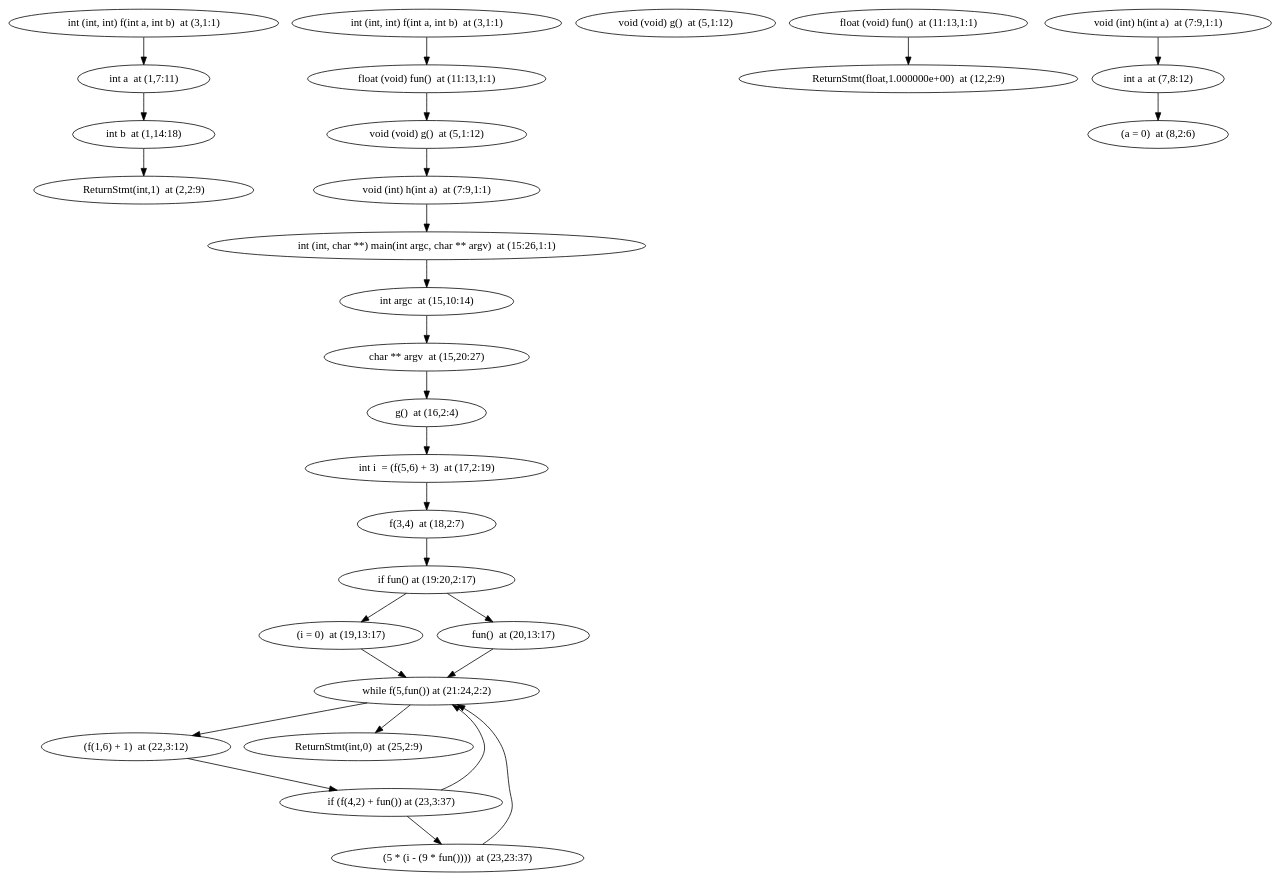
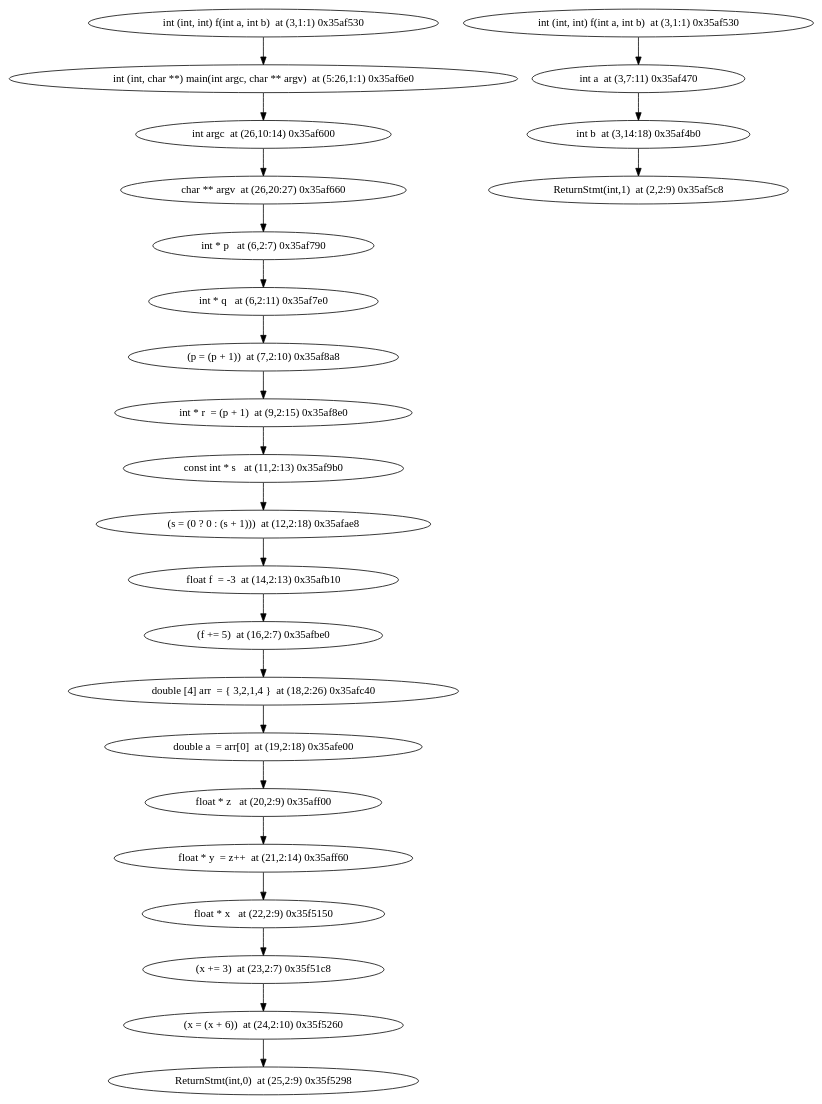
One commit to jxw1102/Projet-merou changed the diagram in ModelChecker/unitary_tests/Model_checker/test.dot. Above: the diagram before and after it, drawn with Graphviz. The commit also changed 7 other files, not shown here.

```diff
--- a/ModelChecker/unitary_tests/Model_checker/test.dot
+++ b/ModelChecker/unitary_tests/Model_checker/test.dot
@@ -1,33 +1,26 @@
 digraph {
-{id0x102825fd0 [label="int (int, int) f(int a, int b)  at (3,1:1)"]} -> {id0x102825e90 [label="int a  at (1,7:11)"]}
-{id0x102825e90 [label="int a  at (1,7:11)"]} -> {id0x102825f00 [label="int b  at (1,14:18)"]}
-{id0x102825f00 [label="int b  at (1,14:18)"]} -> {id0x1028260a0 [label="ReturnStmt(int,1)  at (2,2:9)"]}
-{id0x1028260a0 [label="ReturnStmt(int,1)  at (2,2:9)"]}
-{idc0x102825fd0 [label="int (int, int) f(int a, int b)  at (3,1:1)"]} -> {idc0x103047660 [label="float (void) fun()  at (11:13,1:1)"]}
-{idc0x103047660 [label="float (void) fun()  at (11:13,1:1)"]} -> {idc0x102826130 [label="void (void) g()  at (5,1:12)"]}
-{idc0x102826130 [label="void (void) g()  at (5,1:12)"]} -> {idc0x1030474d0 [label="void (int) h(int a)  at (7:9,1:1)"]}
-{idc0x1030474d0 [label="void (int) h(int a)  at (7:9,1:1)"]} -> {id0x103047910 [label="int (int, char **) main(int argc, char ** argv)  at (15:26,1:1)"]}
-{id0x103047910 [label="int (int, char **) main(int argc, char ** argv)  at (15:26,1:1)"]} -> {id0x103047770 [label="int argc  at (15,10:14)"]}
-{id0x103047770 [label="int argc  at (15,10:14)"]} -> {id0x103047840 [label="char ** argv  at (15,20:27)"]}
-{id0x103047840 [label="char ** argv  at (15,20:27)"]} -> {id0x103047a80 [label="g()  at (16,2:4)"]}
-{id0x103047a80 [label="g()  at (16,2:4)"]} -> {id0x103047ac0 [label="int i  = (f(5,6) + 3)  at (17,2:19)"]}
-{id0x103047ac0 [label="int i  = (f(5,6) + 3)  at (17,2:19)"]} -> {id0x103047d90 [label="f(3,4)  at (18,2:7)"]}
-{id0x103047d90 [label="f(3,4)  at (18,2:7)"]} -> {id0x103048000 [label="if fun() at (19:20,2:17)"]}
-{id0x103048000 [label="if fun() at (19:20,2:17)"]} -> {id0x103047f18 [label="(i = 0)  at (19,13:17)"]}
-{id0x103048000 [label="if fun() at (19:20,2:17)"]} -> {id0x103047fd8 [label="fun()  at (20,13:17)"]}
-{id0x103047f18 [label="(i = 0)  at (19,13:17)"]} -> {id0x103048818 [label="while f(5,fun()) at (21:24,2:2)"]}
-{id0x103048818 [label="while f(5,fun()) at (21:24,2:2)"]} -> {id0x103048340 [label="(f(1,6) + 1)  at (22,3:12)"]}
-{id0x103048818 [label="while f(5,fun()) at (21:24,2:2)"]} -> {id0x103048860 [label="ReturnStmt(int,0)  at (25,2:9)"]}
-{id0x103048340 [label="(f(1,6) + 1)  at (22,3:12)"]} -> {id0x1030487c0 [label="if (f(4,2) + fun()) at (23,3:37)"]}
-{id0x1030487c0 [label="if (f(4,2) + fun()) at (23,3:37)"]} -> {id0x103048818 [label="while f(5,fun()) at (21:24,2:2)"]}
-{id0x1030487c0 [label="if (f(4,2) + fun()) at (23,3:37)"]} -> {id0x103048798 [label="(5 * (i - (9 * fun())))  at (23,23:37)"]}
-{id0x103048798 [label="(5 * (i - (9 * fun())))  at (23,23:37)"]} -> {id0x103048818 [label="while f(5,fun()) at (21:24,2:2)"]}
-{id0x103048860 [label="ReturnStmt(int,0)  at (25,2:9)"]}
-{id0x103047fd8 [label="fun()  at (20,13:17)"]} -> {id0x103048818 [label="while f(5,fun()) at (21:24,2:2)"]}
-{id0x102826130 [label="void (void) g()  at (5,1:12)"]}
-{id0x103047660 [label="float (void) fun()  at (11:13,1:1)"]} -> {id0x103047720 [label="ReturnStmt(float,1.000000e+00)  at (12,2:9)"]}
-{id0x103047720 [label="ReturnStmt(float,1.000000e+00)  at (12,2:9)"]}
-{id0x1030474d0 [label="void (int) h(int a)  at (7:9,1:1)"]} -> {id0x103047410 [label="int a  at (7,8:12)"]}
-{id0x103047410 [label="int a  at (7,8:12)"]} -> {id0x1030475c0 [label="(a = 0)  at (8,2:6)"]}
-{id0x1030475c0 [label="(a = 0)  at (8,2:6)"]}
+{main0x35af530 [label="int (int, int) f(int a, int b)  at (3,1:1) 0x35af530"]} -> {main0x35af6e0 [label="int (int, char **) main(int argc, char ** argv)  at (5:26,1:1) 0x35af6e0"]}
+{main0x35af6e0 [label="int (int, char **) main(int argc, char ** argv)  at (5:26,1:1) 0x35af6e0"]} -> {main0x35af600 [label="int argc  at (26,10:14) 0x35af600"]}
+{main0x35af600 [label="int argc  at (26,10:14) 0x35af600"]} -> {main0x35af660 [label="char ** argv  at (26,20:27) 0x35af660"]}
+{main0x35af660 [label="char ** argv  at (26,20:27) 0x35af660"]} -> {main0x35af790 [label="int * p   at (6,2:7) 0x35af790"]}
+{main0x35af790 [label="int * p   at (6,2:7) 0x35af790"]} -> {main0x35af7e0 [label="int * q   at (6,2:11) 0x35af7e0"]}
+{main0x35af7e0 [label="int * q   at (6,2:11) 0x35af7e0"]} -> {main0x35af8a8 [label="(p = (p + 1))  at (7,2:10) 0x35af8a8"]}
+{main0x35af8a8 [label="(p = (p + 1))  at (7,2:10) 0x35af8a8"]} -> {main0x35af8e0 [label="int * r  = (p + 1)  at (9,2:15) 0x35af8e0"]}
+{main0x35af8e0 [label="int * r  = (p + 1)  at (9,2:15) 0x35af8e0"]} -> {main0x35af9b0 [label="const int * s   at (11,2:13) 0x35af9b0"]}
+{main0x35af9b0 [label="const int * s   at (11,2:13) 0x35af9b0"]} -> {main0x35afae8 [label="(s = (0 ? 0 : (s + 1)))  at (12,2:18) 0x35afae8"]}
+{main0x35afae8 [label="(s = (0 ? 0 : (s + 1)))  at (12,2:18) 0x35afae8"]} -> {main0x35afb10 [label="float f  = -3  at (14,2:13) 0x35afb10"]}
+{main0x35afb10 [label="float f  = -3  at (14,2:13) 0x35afb10"]} -> {main0x35afbe0 [label="(f += 5)  at (16,2:7) 0x35afbe0"]}
+{main0x35afbe0 [label="(f += 5)  at (16,2:7) 0x35afbe0"]} -> {main0x35afc40 [label="double [4] arr  = { 3,2,1,4 }  at (18,2:26) 0x35afc40"]}
+{main0x35afc40 [label="double [4] arr  = { 3,2,1,4 }  at (18,2:26) 0x35afc40"]} -> {main0x35afe00 [label="double a  = arr[0]  at (19,2:18) 0x35afe00"]}
+{main0x35afe00 [label="double a  = arr[0]  at (19,2:18) 0x35afe00"]} -> {main0x35aff00 [label="float * z   at (20,2:9) 0x35aff00"]}
+{main0x35aff00 [label="float * z   at (20,2:9) 0x35aff00"]} -> {main0x35aff60 [label="float * y  = z++  at (21,2:14) 0x35aff60"]}
+{main0x35aff60 [label="float * y  = z++  at (21,2:14) 0x35aff60"]} -> {main0x35f5150 [label="float * x   at (22,2:9) 0x35f5150"]}
+{main0x35f5150 [label="float * x   at (22,2:9) 0x35f5150"]} -> {main0x35f51c8 [label="(x += 3)  at (23,2:7) 0x35f51c8"]}
+{main0x35f51c8 [label="(x += 3)  at (23,2:7) 0x35f51c8"]} -> {main0x35f5260 [label="(x = (x + 6))  at (24,2:10) 0x35f5260"]}
+{main0x35f5260 [label="(x = (x + 6))  at (24,2:10) 0x35f5260"]} -> {main0x35f5298 [label="ReturnStmt(int,0)  at (25,2:9) 0x35f5298"]}
+{main0x35f5298 [label="ReturnStmt(int,0)  at (25,2:9) 0x35f5298"]}
+{f0x35af530 [label="int (int, int) f(int a, int b)  at (3,1:1) 0x35af530"]} -> {f0x35af470 [label="int a  at (3,7:11) 0x35af470"]}
+{f0x35af470 [label="int a  at (3,7:11) 0x35af470"]} -> {f0x35af4b0 [label="int b  at (3,14:18) 0x35af4b0"]}
+{f0x35af4b0 [label="int b  at (3,14:18) 0x35af4b0"]} -> {f0x35af5c8 [label="ReturnStmt(int,1)  at (2,2:9) 0x35af5c8"]}
+{f0x35af5c8 [label="ReturnStmt(int,1)  at (2,2:9) 0x35af5c8"]}
 }
```
